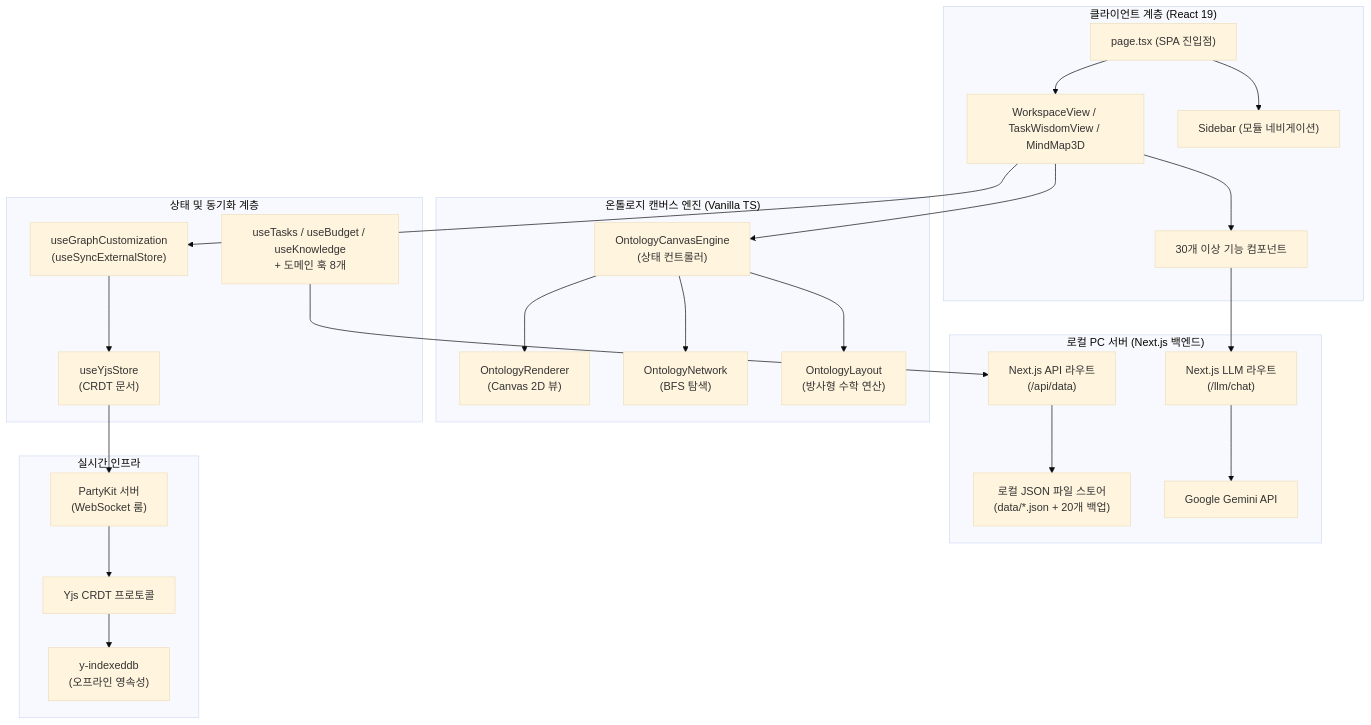
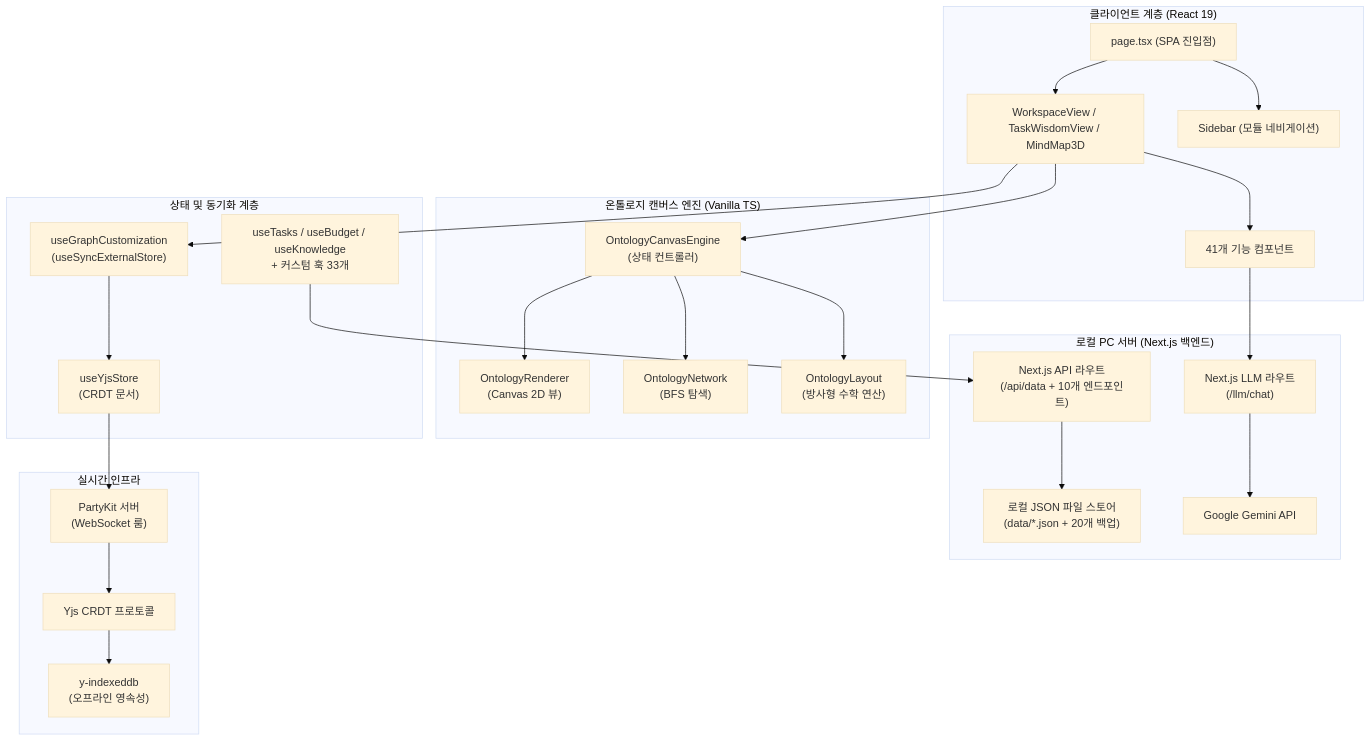
The first of 3 diagrams in PORTFOLIO VITAL - Engineering Report.md (Portfolio-Architects/PORTFOLIO-HCHPS), drawn with Mermaid (base theme) before and after one commit. The commit also changed other lines of this file and 162 other files, not shown here.

````diff
--- a/PORTFOLIO VITAL - Engineering Report.md
+++ b/PORTFOLIO VITAL - Engineering Report.md
@@ -55,52 +55,52 @@
 ```mermaid
 graph TB
     subgraph Client["클라이언트 계층 (React 19)"]
         Page["page.tsx (SPA 진입점)"]
         Sidebar["Sidebar (모듈 네비게이션)"]
         Views["WorkspaceView / TaskWisdomView / MindMap3D"]
-        Components["30개 이상 기능 컴포넌트"]
+        Components["41개 기능 컴포넌트"]
     end
 
     subgraph Engine["온톨로지 캔버스 엔진 (Vanilla TS)"]
         Controller["OntologyCanvasEngine\n(상태 컨트롤러)"]
         Layout["OntologyLayout\n(방사형 수학 연산)"]
         Network["OntologyNetwork\n(BFS 탐색)"]
         Renderer["OntologyRenderer\n(Canvas 2D 뷰)"]
     end
 
     subgraph Hooks["상태 및 동기화 계층"]
         YjsStore["useYjsStore\n(CRDT 문서)"]
         GraphCustom["useGraphCustomization\n(useSyncExternalStore)"]
-        DomainHooks["useTasks / useBudget / useKnowledge\n+ 도메인 훅 8개"]
+        DomainHooks["useTasks / useBudget / useKnowledge\n+ 커스텀 훅 33개"]
     end
 
     subgraph Realtime["실시간 인프라"]
         PartyKit["PartyKit 서버\n(WebSocket 룸)"]
         Yjs["Yjs CRDT 프로토콜"]
         IndexedDB["y-indexeddb\n(오프라인 영속성)"]
     end
 
     subgraph Server["로컬 PC 서버 (Next.js 백엔드)"]
-        API["Next.js API 라우트\n(/api/data)"]
+        API["Next.js API 라우트\n(/api/data + 10개 엔드포인트)"]
         LocalJSON["로컬 JSON 파일 스토어\n(data/*.json + 20개 백업)"]
         LLMChat["Next.js LLM 라우트\n(/llm/chat)"]
         GeminiAI["Google Gemini API"]
     end
 
     Page --> Sidebar
     Page --> Views
     Views --> Components
     Views --> Controller
     Controller --> Layout
     Controller --> Network
     Controller --> Renderer
     Views --> GraphCustom
     GraphCustom --> YjsStore
     YjsStore --> PartyKit
     PartyKit --> Yjs
     Yjs --> IndexedDB
     DomainHooks --> API
     API --> LocalJSON
     Components --> LLMChat
     LLMChat --> GeminiAI
 ```
````
